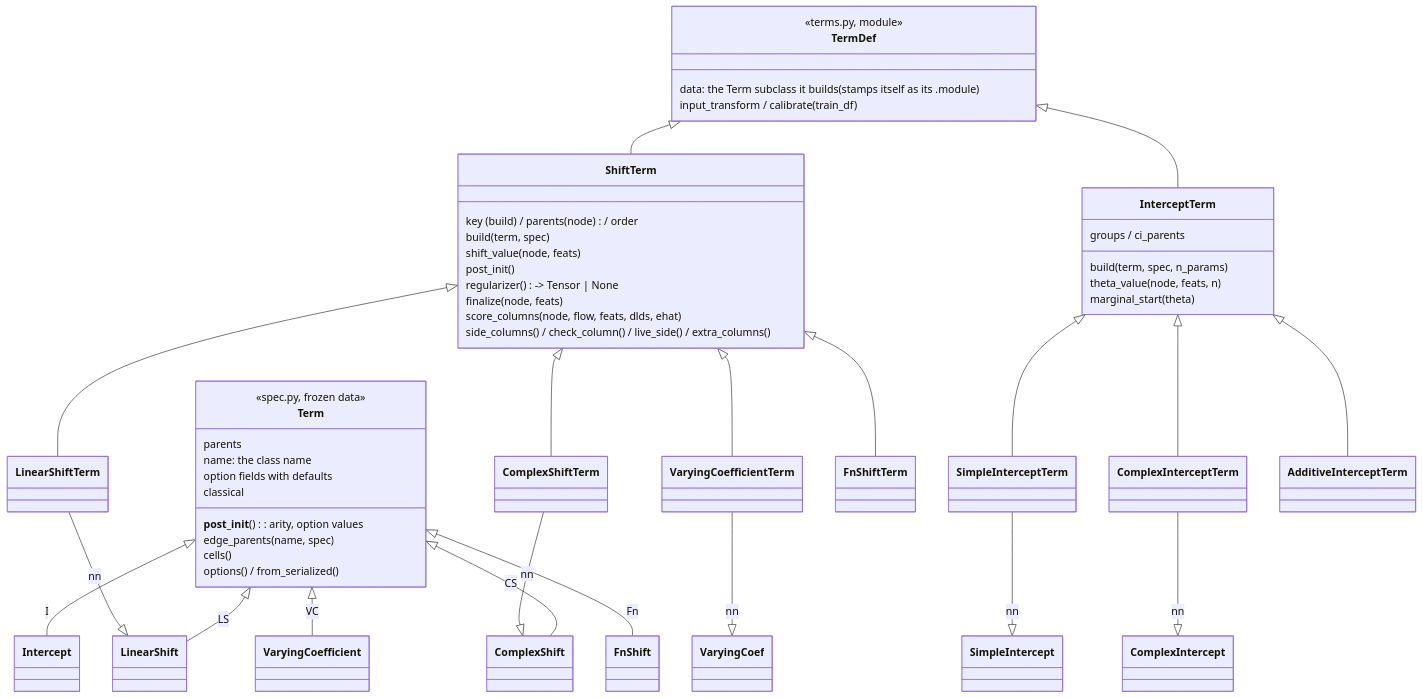
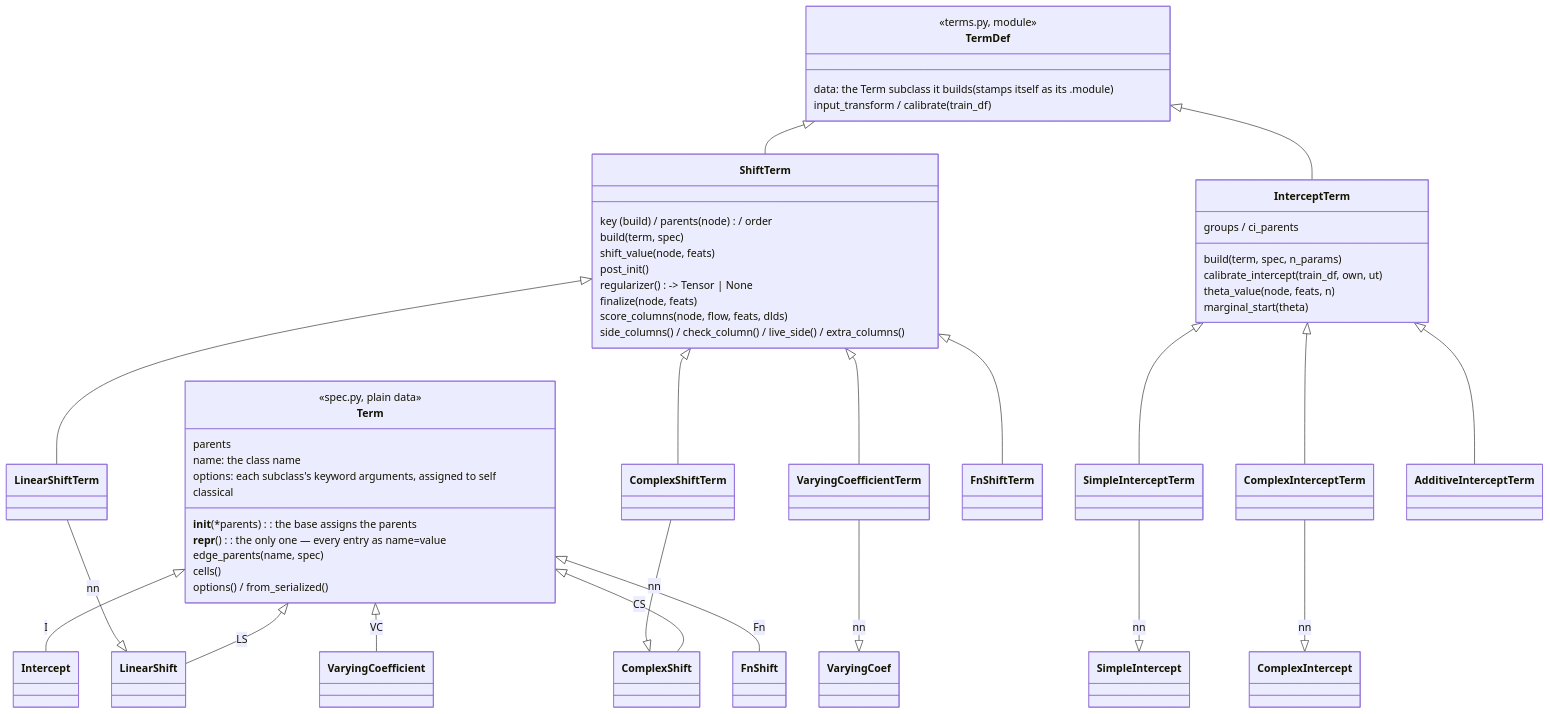
Before and after one commit to tensorchiefs/tramdag: the second of 6 diagrams in docs/architecture.md, drawn with Mermaid. The commit also changed other lines of this file and 10 other files, not shown here.

First line of the commit message:
refactor(spec)!: a term is its __init__ keywords; no dataclass machinery

````diff
--- a/docs/architecture.md
+++ b/docs/architecture.md
@@ -51,54 +51,56 @@
 ```mermaid
 classDiagram
     class Term {
-        <<spec.py, frozen data>>
+        <<spec.py, plain data>>
         parents
         name: the class name
-        option fields with defaults
-        __post_init__(): arity, option values
+        __init__(*parents): the base assigns the parents
+        options: each subclass's keyword arguments, assigned to self
+        __repr__(): the only one — every entry as name=value
         edge_parents(name, spec)
         cells()
         classical
         options() / from_serialized()
     }
     Term <|-- Intercept : I
     Term <|-- LinearShift : LS
     Term <|-- ComplexShift : CS
     Term <|-- VaryingCoefficient : VC
     Term <|-- FnShift : Fn
     class TermDef {
         <<terms.py, module>>
         data: the Term subclass it builds (stamps itself as its .module)
         input_transform / calibrate(train_df)
     }
     class ShiftTerm {
         key (build) / parents (node) / order
         build(term, spec)
         shift_value(node, feats)
         post_init()
         regularizer() -> Tensor | None
         finalize(node, feats)
-        score_columns(node, flow, feats, dlds, ehat)
+        score_columns(node, flow, feats, dlds)
         side_columns() / check_column() / live_side() / extra_columns()
     }
     class InterceptTerm {
         groups / ci_parents
         build(term, spec, n_params)
+        calibrate_intercept(train_df, own, ut)
         theta_value(node, feats, n)
         marginal_start(theta)
     }
     TermDef <|-- ShiftTerm
     TermDef <|-- InterceptTerm
     ShiftTerm <|-- LinearShiftTerm
     ShiftTerm <|-- ComplexShiftTerm
     ShiftTerm <|-- VaryingCoefficientTerm
     ShiftTerm <|-- FnShiftTerm
     InterceptTerm <|-- SimpleInterceptTerm
     InterceptTerm <|-- ComplexInterceptTerm
     InterceptTerm <|-- AdditiveInterceptTerm
     LinearShiftTerm --|> LinearShift : nn
     ComplexShiftTerm --|> ComplexShift : nn
     VaryingCoefficientTerm --|> VaryingCoef : nn
     SimpleInterceptTerm --|> SimpleIntercept : nn
     ComplexInterceptTerm --|> ComplexIntercept : nn
 ```
````
